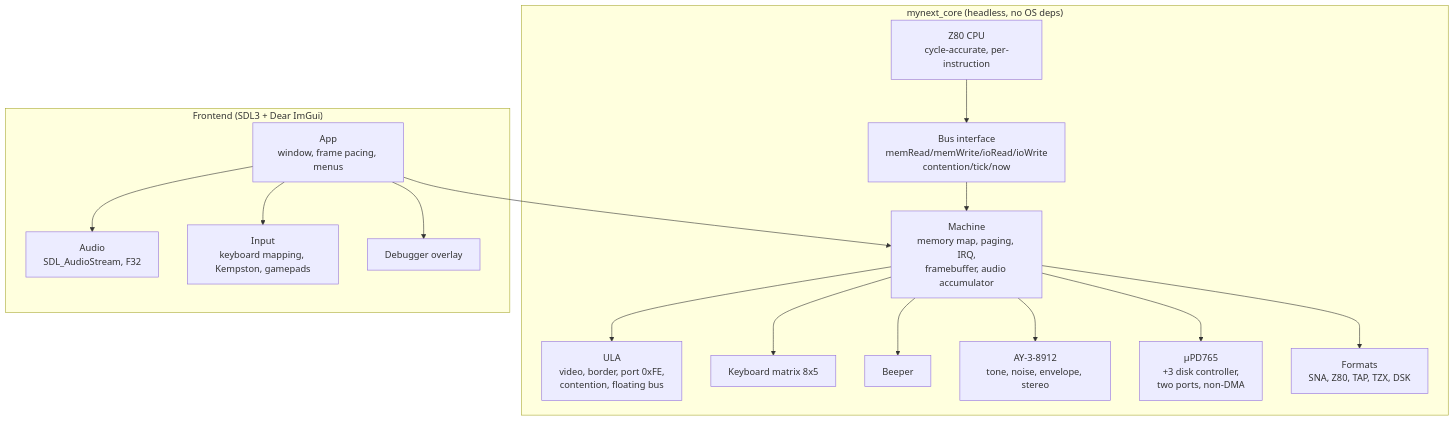
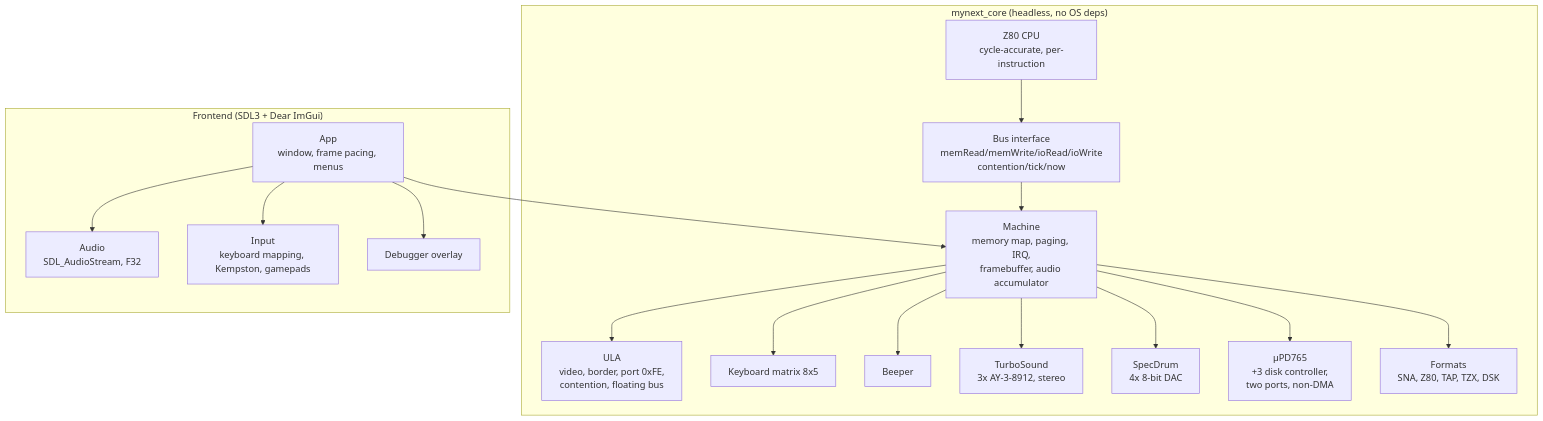
The diagram in docs/ARCHITECTURE.md (DruzhininPavel/RainbowNext), drawn with Mermaid before and after one commit. The commit also changed other lines of this file and 11 other files, not shown here.

First line of the commit message:
Add TurboSound and the 8-bit DACs

````diff
--- a/docs/ARCHITECTURE.md
+++ b/docs/ARCHITECTURE.md
@@ -7,34 +7,36 @@
 ```mermaid
 flowchart TD
     subgraph core["mynext_core (headless, no OS deps)"]
         Z80["Z80 CPU<br/>cycle-accurate, per-instruction"]
         BUS["Bus interface<br/>memRead/memWrite/ioRead/ioWrite<br/>contention/tick/now"]
         ULA["ULA<br/>video, border, port 0xFE,<br/>contention, floating bus"]
         KBD["Keyboard matrix 8x5"]
         BEEP["Beeper"]
         MACH["Machine<br/>memory map, paging, IRQ,<br/>framebuffer, audio accumulator"]
-        AY["AY-3-8912<br/>tone, noise, envelope, stereo"]
+        AY["TurboSound<br/>3x AY-3-8912, stereo"]
+        DAC["SpecDrum<br/>4x 8-bit DAC"]
         FDC["µPD765<br/>+3 disk controller,<br/>two ports, non-DMA"]
         FMT["Formats<br/>SNA, Z80, TAP, TZX, DSK"]
     end
 
     subgraph host["Frontend (SDL3 + Dear ImGui)"]
         APP["App<br/>window, frame pacing, menus"]
         AUD["Audio<br/>SDL_AudioStream, F32"]
         INP["Input<br/>keyboard mapping, Kempston, gamepads"]
         DBG["Debugger overlay"]
     end
 
     Z80 --> BUS
     BUS --> MACH
     MACH --> ULA
     MACH --> KBD
     MACH --> BEEP
     MACH --> AY
+    MACH --> DAC
     MACH --> FDC
     MACH --> FMT
     APP --> MACH
     APP --> AUD
     APP --> INP
     APP --> DBG
 ```
````
